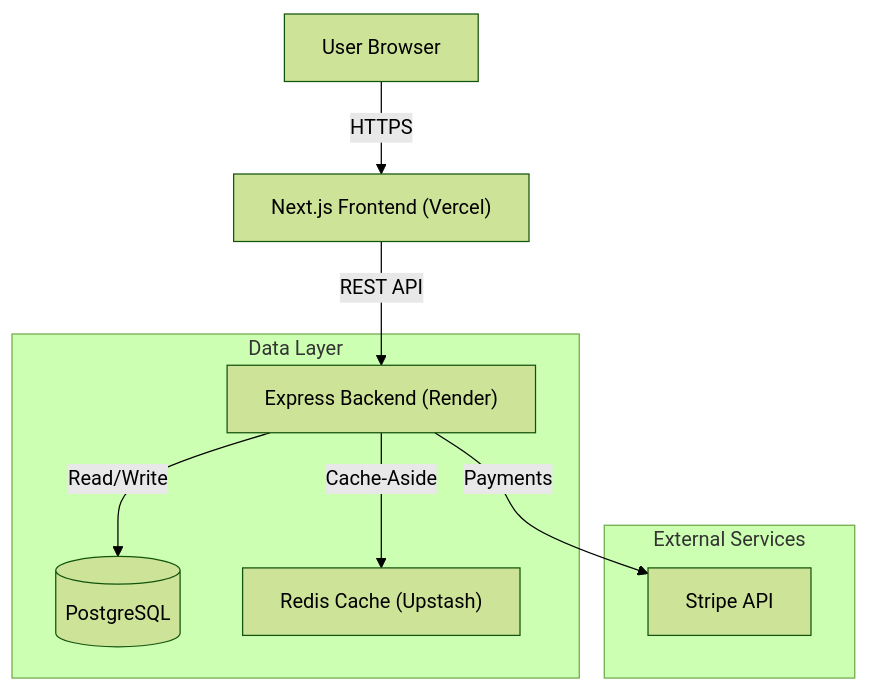
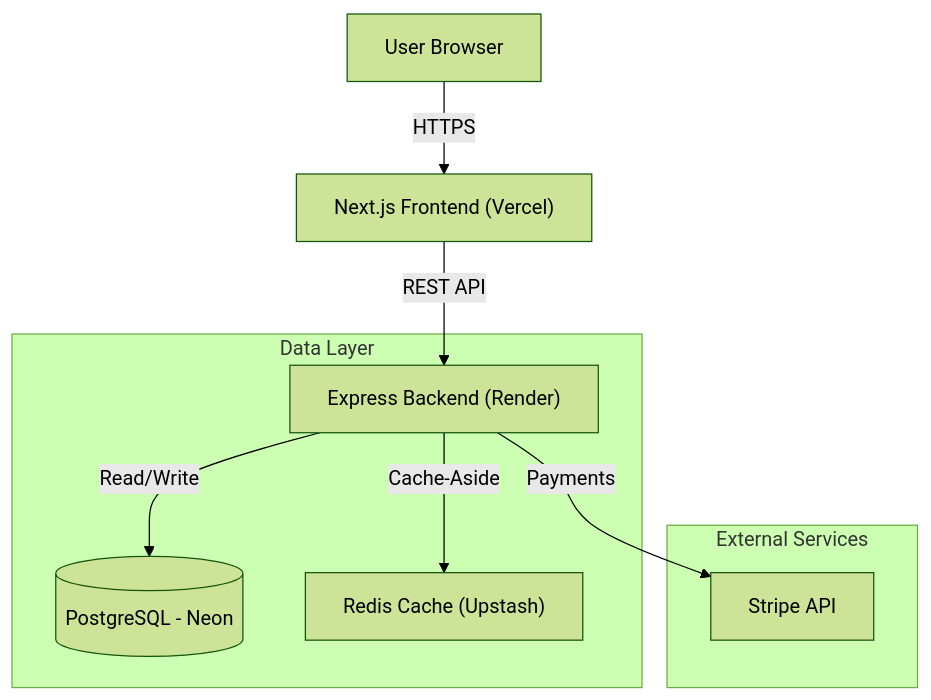
One commit to arsalanbardsiri/bloglog changed the diagram in README.md. Above: the diagram before and after it, drawn with Mermaid (forest theme). The commit also changed other lines of this file and 1 other file, not shown here.

````diff
--- a/README.md
+++ b/README.md
@@ -38,14 +39,14 @@
 ```mermaid
 graph TD
     User[User Browser] -->|HTTPS| Client["Next.js Frontend (Vercel)"]
     Client -->|REST API| Server["Express Backend (Render)"]
     
     subgraph "Data Layer"
-        Server -->|Read/Write| DB[(PostgreSQL)]
+        Server -->|Read/Write| DB[(PostgreSQL - Neon)]
         Server -->|Cache-Aside| Redis["Redis Cache (Upstash)"]
     end
     
     subgraph "External Services"
         Server -->|Payments| Stripe[Stripe API]
     end
 ```
````
